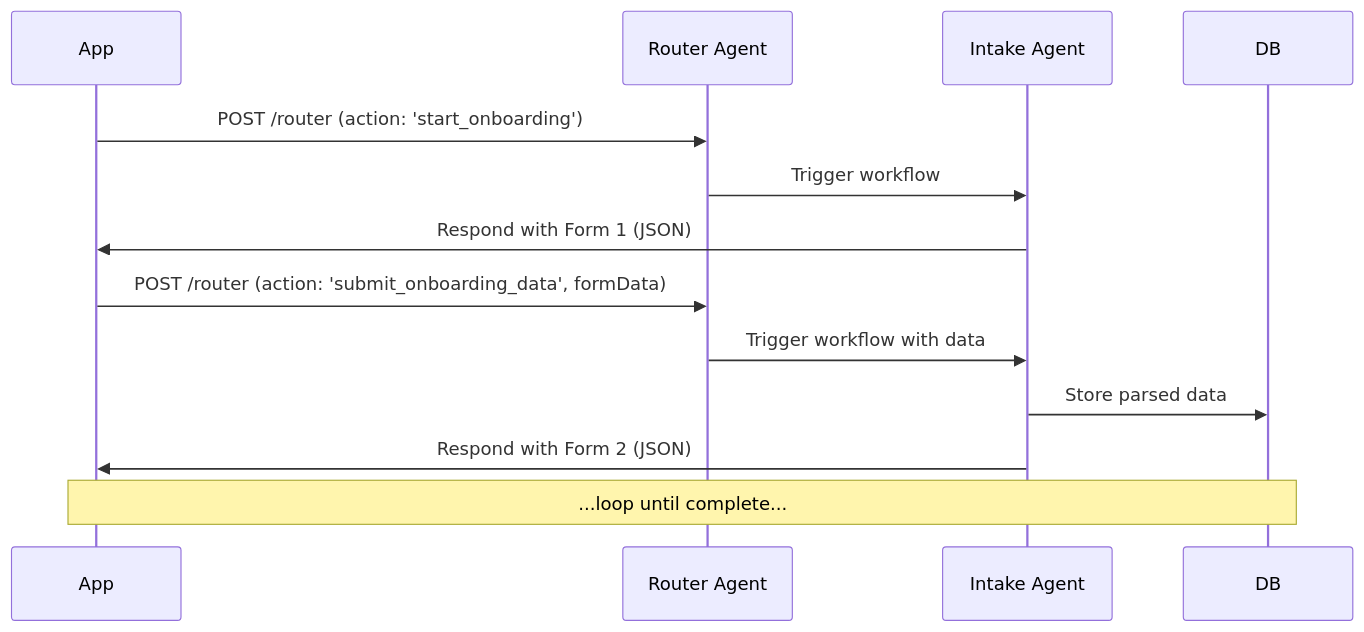
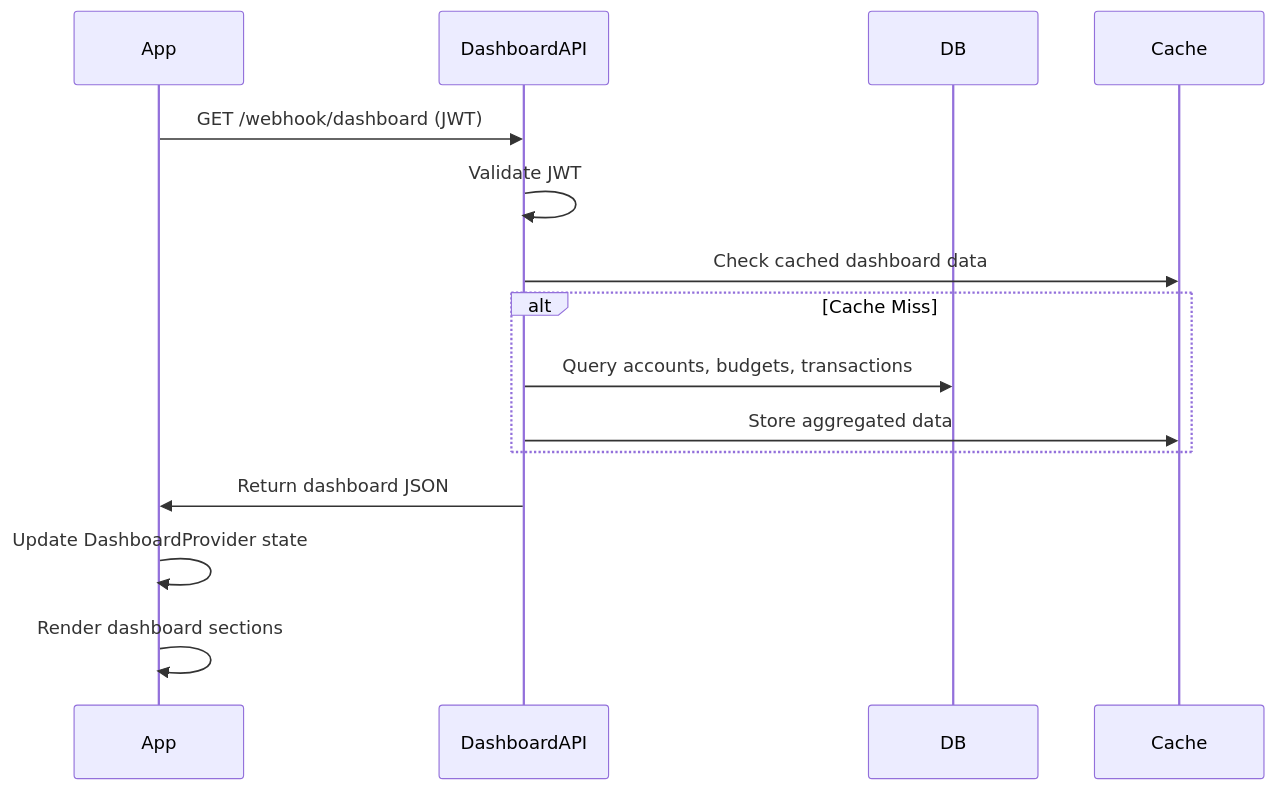
One commit to Ganzzi/fingoal-ai changed the third of 5 diagrams in docs/architecture/core-workflows.md. Above: the diagram before and after it, drawn with Mermaid. The commit also changed other lines of this file and 11 other files, not shown here.

````diff
--- a/docs/architecture/core-workflows.md
+++ b/docs/architecture/core-workflows.md
@@ -4,16 +42,18 @@
 ```mermaid
 sequenceDiagram
     participant App
-    participant Router Agent
-    participant Intake Agent
+    participant DashboardAPI
     participant DB
+    participant Cache
 
-    App->>Router Agent: POST /router (action: 'start_onboarding')
-    Router Agent->>Intake Agent: Trigger workflow
-    Intake Agent->>App: Respond with Form 1 (JSON)
-    App->>Router Agent: POST /router (action: 'submit_onboarding_data', formData)
-    Router Agent->>Intake Agent: Trigger workflow with data
-    Intake Agent->>DB: Store parsed data
-    Intake Agent->>App: Respond with Form 2 (JSON)
-    Note over App, DB: ...loop until complete...
+    App->>DashboardAPI: GET /webhook/dashboard (JWT)
+    DashboardAPI->>DashboardAPI: Validate JWT
+    DashboardAPI->>Cache: Check cached dashboard data
+    alt Cache Miss
+        DashboardAPI->>DB: Query accounts, budgets, transactions
+        DashboardAPI->>Cache: Store aggregated data
+    end
+    DashboardAPI->>App: Return dashboard JSON
+    App->>App: Update DashboardProvider state
+    App->>App: Render dashboard sections
 ```
````
